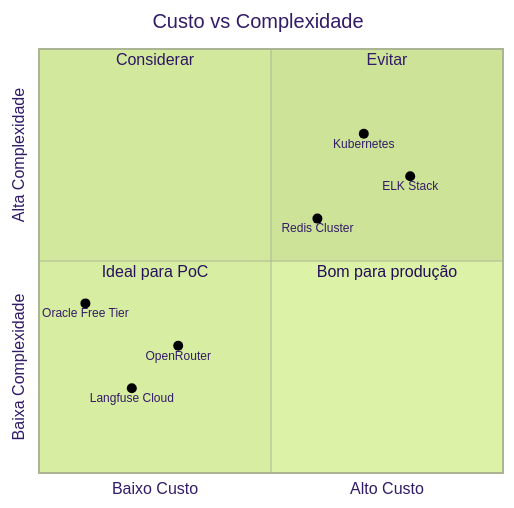
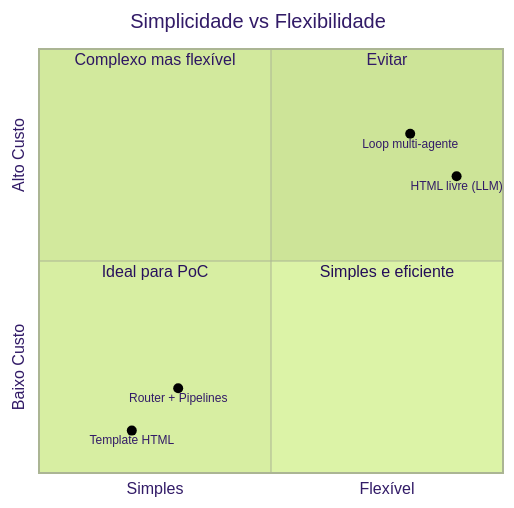
One commit to joaopedro-marques/suspira.fluxo.demo changed the fifth of 6 diagrams in docs/ARCHITECTURE.md. Above: the diagram before and after it, drawn with Mermaid (forest theme). The commit also changed other lines of this file and 2 other files, not shown here.

First line of the commit message:
docs: atualiza documentação para arquitetura router + pipelines

````diff
--- a/docs/ARCHITECTURE.md
+++ b/docs/ARCHITECTURE.md
@@ -650,16 +470,14 @@
 ```mermaid
 quadrantChart
-    title Custo vs Complexidade
-    x-axis "Baixo Custo" --> "Alto Custo"
-    y-axis "Baixa Complexidade" --> "Alta Complexidade"
+    title Simplicidade vs Flexibilidade
+    x-axis "Simples" --> "Flexível"
+    y-axis "Baixo Custo" --> "Alto Custo"
     quadrant-1 "Evitar"
-    quadrant-2 "Considerar"
+    quadrant-2 "Complexo mas flexível"
     quadrant-3 "Ideal para PoC"
-    quadrant-4 "Bom para produção"
-    "OpenRouter": [0.3, 0.3]
-    "Langfuse Cloud": [0.2, 0.2]
-    "Oracle Free Tier": [0.1, 0.4]
-    "Kubernetes": [0.7, 0.8]
-    "ELK Stack": [0.8, 0.7]
-    "Redis Cluster": [0.6, 0.6]
+    quadrant-4 "Simples e eficiente"
+    "Router + Pipelines": [0.3, 0.2]
+    "Loop multi-agente": [0.8, 0.8]
+    "Template HTML": [0.2, 0.1]
+    "HTML livre (LLM)": [0.9, 0.7]
 ```
````
